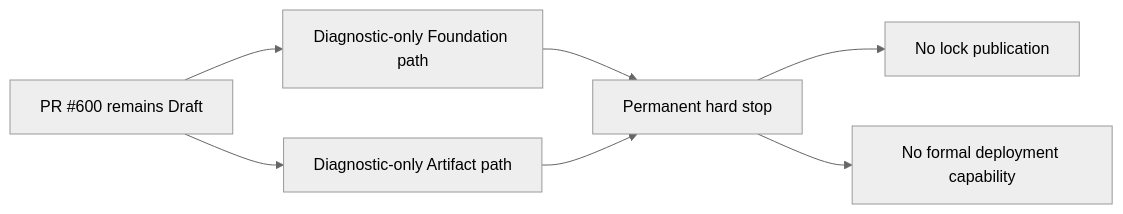
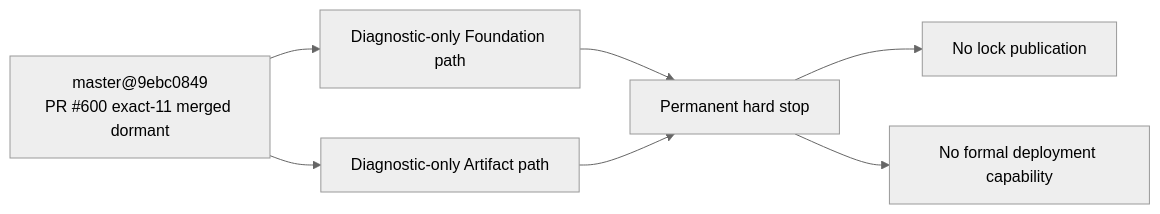
Before and after one commit to FlyLink-com/proxy-gateway-minimal: the diagram in docs/superpowers/topology-addendum/2026-08-11-control-plane-supply-chain/diagrams/unify-supply-chain-authority-permanent-no-go-after.mmd, drawn with Mermaid (neutral theme). The commit also changed 6 other files, not shown here.

```diff
--- a/docs/superpowers/topology-addendum/2026-08-11-control-plane-supply-chain/diagrams/unify-supply-chain-authority-permanent-no-go-after.mmd
+++ b/docs/superpowers/topology-addendum/2026-08-11-control-plane-supply-chain/diagrams/unify-supply-chain-authority-permanent-no-go-after.mmd
@@ -1,7 +1,7 @@
 flowchart LR
-  A["PR #600 remains Draft"] --> B["Diagnostic-only Foundation path"]
+  A["master@9ebc0849\nPR #600 exact-11 merged dormant"] --> B["Diagnostic-only Foundation path"]
   A --> C["Diagnostic-only Artifact path"]
   B --> D["Permanent hard stop"]
   C --> D
   D --> E["No lock publication"]
   D --> F["No formal deployment capability"]
```
